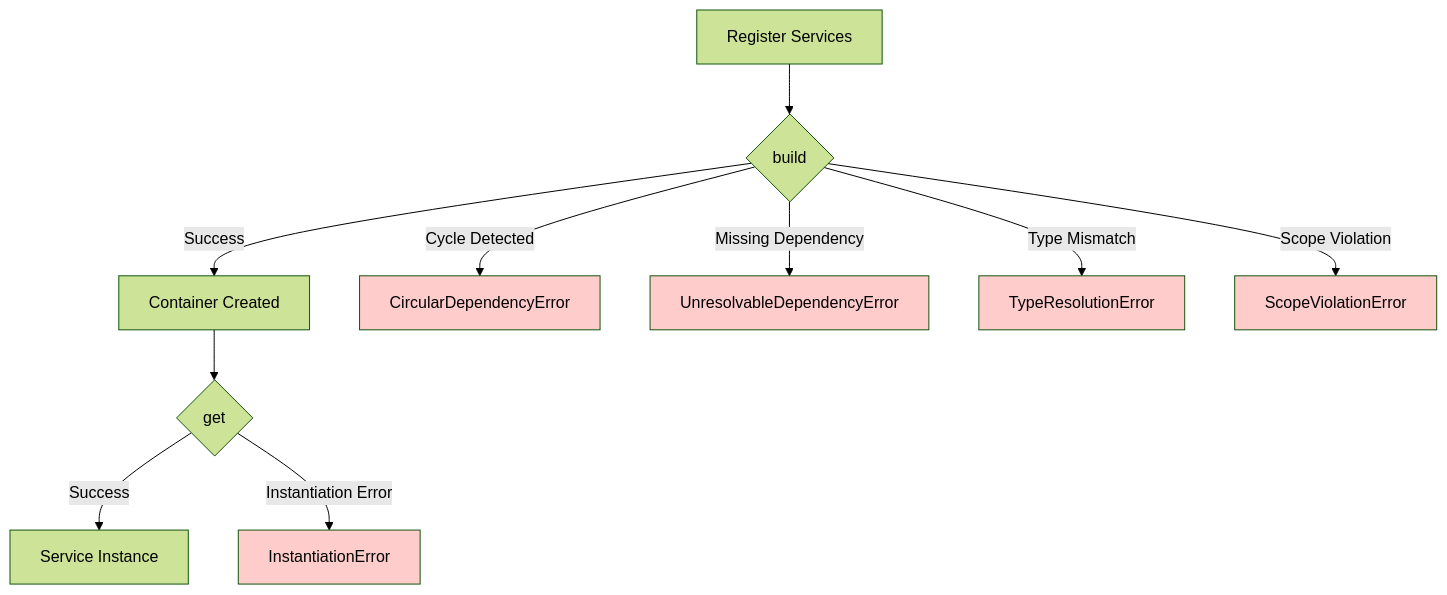
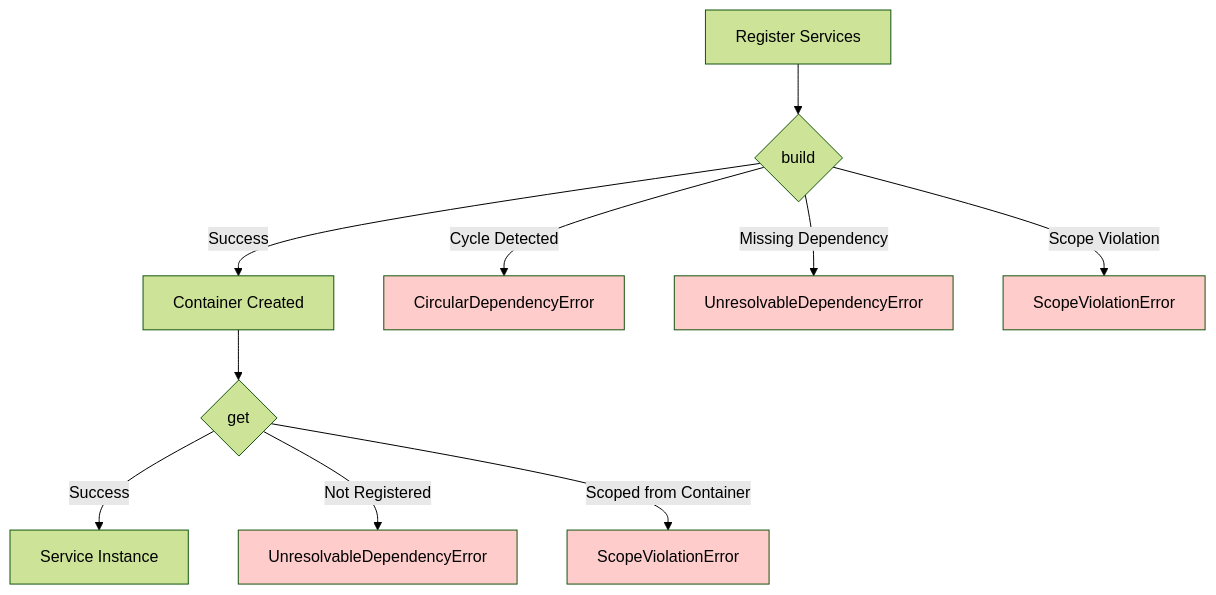
The fifth of 5 diagrams in docs/explanation/architecture.rst (msqd/hdmi), drawn with Mermaid (forest theme) before and after one commit. The commit also changed other lines of this file and 7 other files, not shown here.

```diff
--- a/docs/explanation/architecture.rst
+++ b/docs/explanation/architecture.rst
@@ -452,19 +461,19 @@
 .. mermaid::
 
    graph TD
        Start[Register Services] --> Build{build}
        Build -->|Success| Container[Container Created]
        Build -->|Cycle Detected| CycleError[CircularDependencyError]
        Build -->|Missing Dependency| MissingError[UnresolvableDependencyError]
-       Build -->|Type Mismatch| TypeError[TypeResolutionError]
        Build -->|Scope Violation| ScopeError[ScopeViolationError]
 
        Container --> Get{get}
        Get -->|Success| Instance[Service Instance]
-       Get -->|Instantiation Error| InstError[InstantiationError]
+       Get -->|Not Registered| GetError[UnresolvableDependencyError]
+       Get -->|Scoped from Container| ScopeGetError[ScopeViolationError]
 
        style CycleError fill:#ffcccc
        style MissingError fill:#ffcccc
-       style TypeError fill:#ffcccc
        style ScopeError fill:#ffcccc
-       style InstError fill:#ffcccc
+       style GetError fill:#ffcccc
+       style ScopeGetError fill:#ffcccc
```
